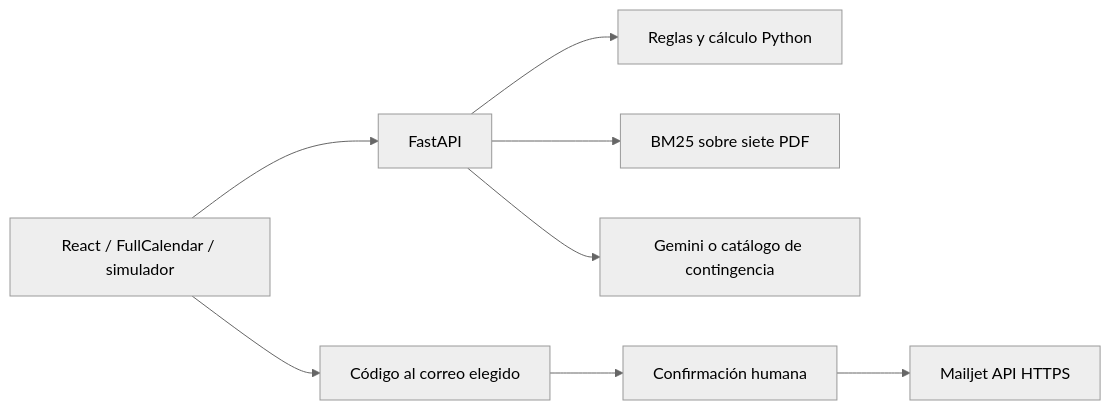
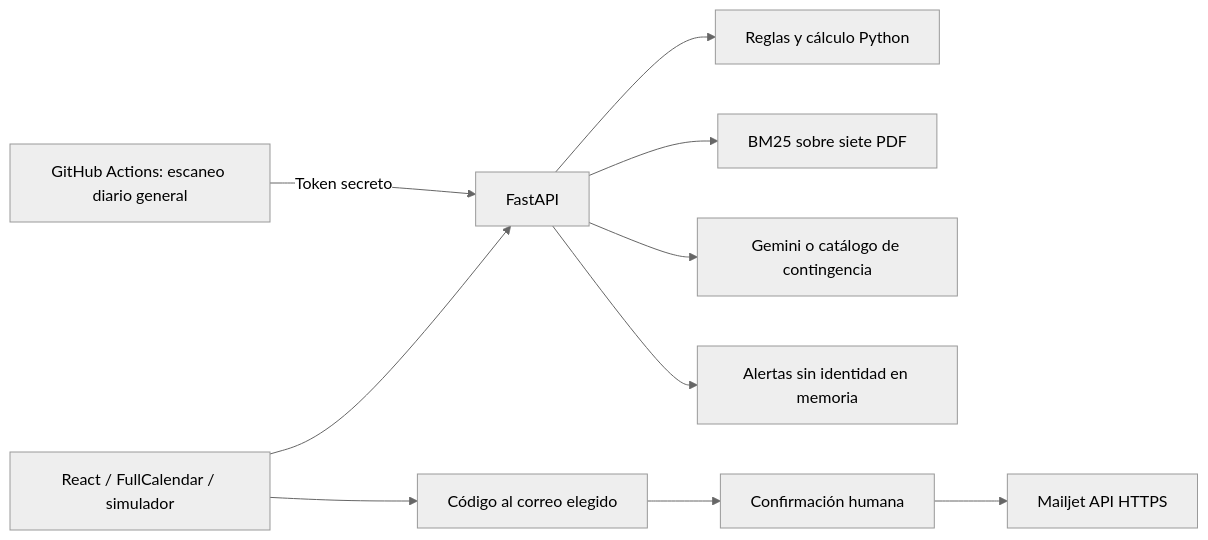
One commit to CristhianPinos/CalendarioTributarioRIMPE changed the first of 5 diagrams in docs/03-arquitectura.md. Above: the diagram before and after it, drawn with Mermaid (neutral theme). The commit also changed other lines of this file and 15 other files, not shown here.

````diff
--- a/docs/03-arquitectura.md
+++ b/docs/03-arquitectura.md
@@ -18,10 +18,12 @@
 ```mermaid
 flowchart LR
     UI[React / FullCalendar / simulador] --> API[FastAPI]
     API --> CALC[Reglas y cálculo Python]
     API --> RAG[BM25 sobre siete PDF]
     API --> IA[Gemini o catálogo de contingencia]
+    GH[GitHub Actions: escaneo diario general] -->|Token secreto| API
+    API --> ALERT[Alertas sin identidad en memoria]
     UI --> OTP[Código al correo elegido]
     OTP --> HITL[Confirmación humana]
     HITL --> MJ[Mailjet API HTTPS]
 ```
````
